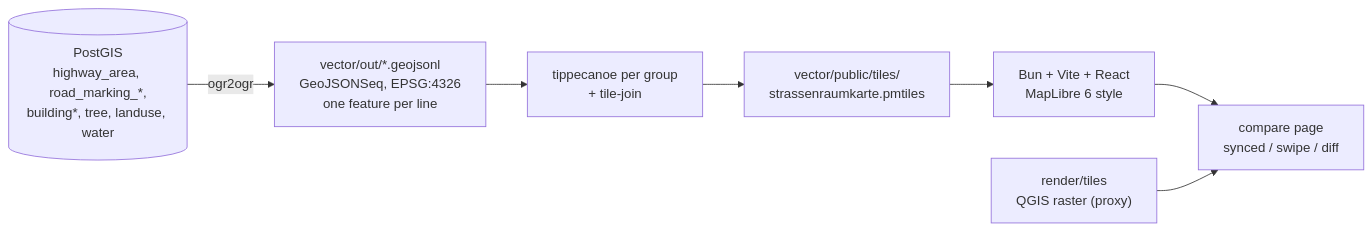
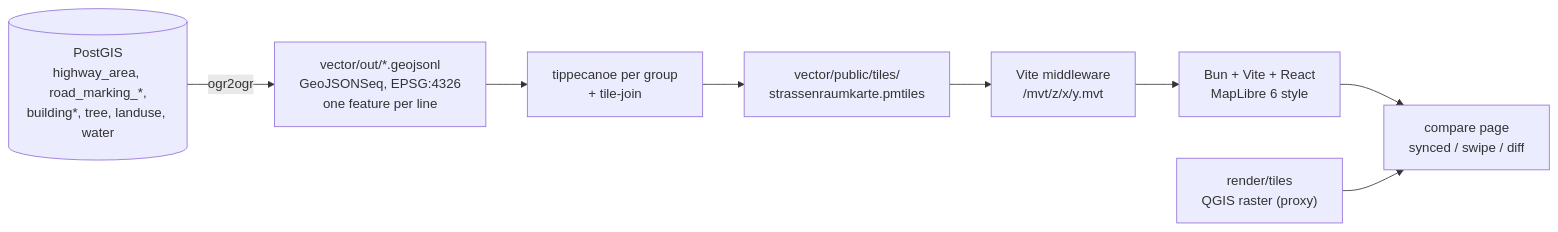
Before and after one commit to osmberlin/strassenraumkarte: the diagram in .cursor/plans/maplibre_vector_output_channel_301665ec.plan.md, drawn with Mermaid. The commit also changed other lines of this file and 24 other files, not shown here.

````diff
--- a/.cursor/plans/maplibre_vector_output_channel_301665ec.plan.md
+++ b/.cursor/plans/maplibre_vector_output_channel_301665ec.plan.md
@@ -56,12 +57,13 @@
 ```mermaid
 flowchart LR
   PG[("PostGIS\nhighway_area, road_marking_*,\nbuilding*, tree, landuse, water")]
   GJ["vector/out/*.geojsonl\nGeoJSONSeq, EPSG:4326\none feature per line"]
   TC["tippecanoe per group\n+ tile-join"]
   PM["vector/public/tiles/\nstrassenraumkarte.pmtiles"]
+  MVT["Vite middleware\n/mvt/z/x/y.mvt"]
   APP["Bun + Vite + React\nMapLibre 6 style"]
   RAS["render/tiles\nQGIS raster (proxy)"]
   CMP["compare page\nsynced / swipe / diff"]
-  PG -->|ogr2ogr| GJ --> TC --> PM --> APP --> CMP
+  PG -->|ogr2ogr| GJ --> TC --> PM --> MVT --> APP --> CMP
   RAS --> CMP
 ```
````
